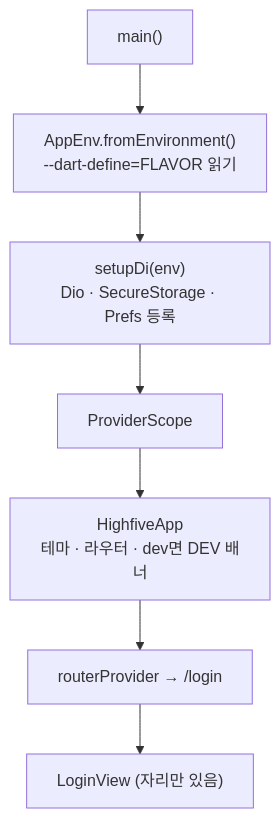
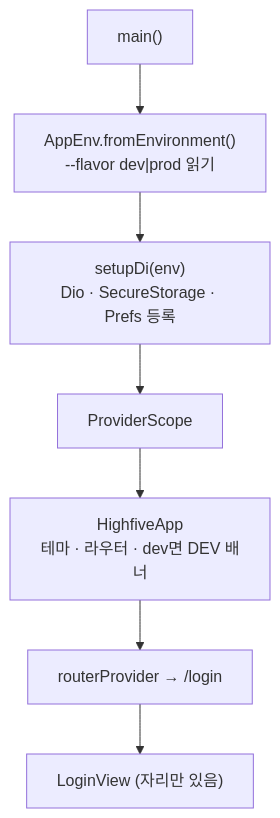
The seventh of 15 diagrams in docs/overview.md (JECT-Study/highfive-5th-Client), drawn with Mermaid before and after one commit. The commit also changed other lines of this file and 6 other files, not shown here.

````diff
--- a/docs/overview.md
+++ b/docs/overview.md
@@ -193,9 +193,9 @@
 ```mermaid
 flowchart TB
-  m["main()"] --> e["AppEnv.fromEnvironment()<br/>--dart-define=FLAVOR 읽기"]
+  m["main()"] --> e["AppEnv.fromEnvironment()<br/>--flavor dev|prod 읽기"]
   e --> d["setupDi(env)<br/>Dio · SecureStorage · Prefs 등록"]
   d --> p["ProviderScope"]
   p --> a["HighfiveApp<br/>테마 · 라우터 · dev면 DEV 배너"]
   a --> r["routerProvider → /login"]
   r --> l["LoginView (자리만 있음)"]
 ```
````
